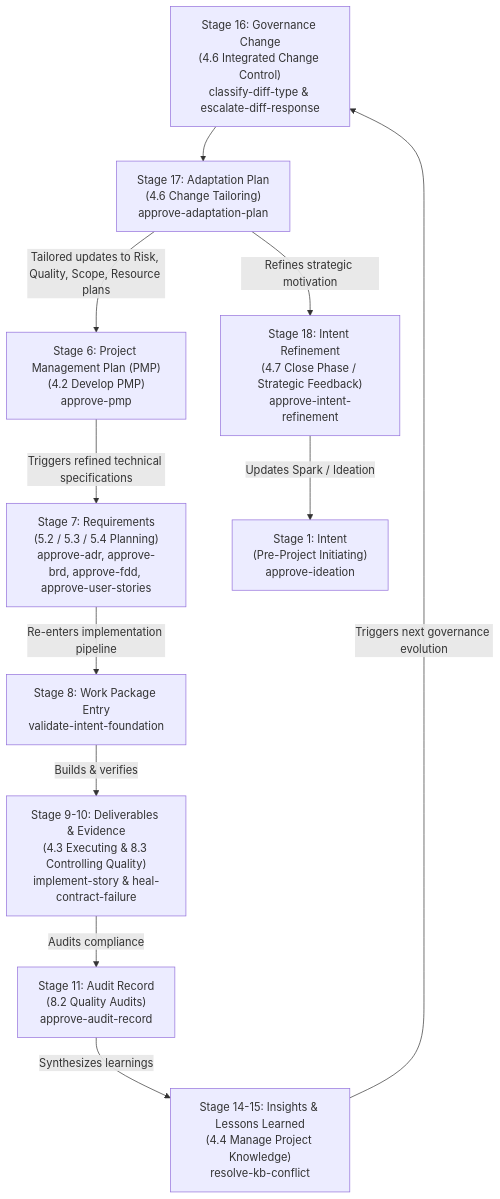
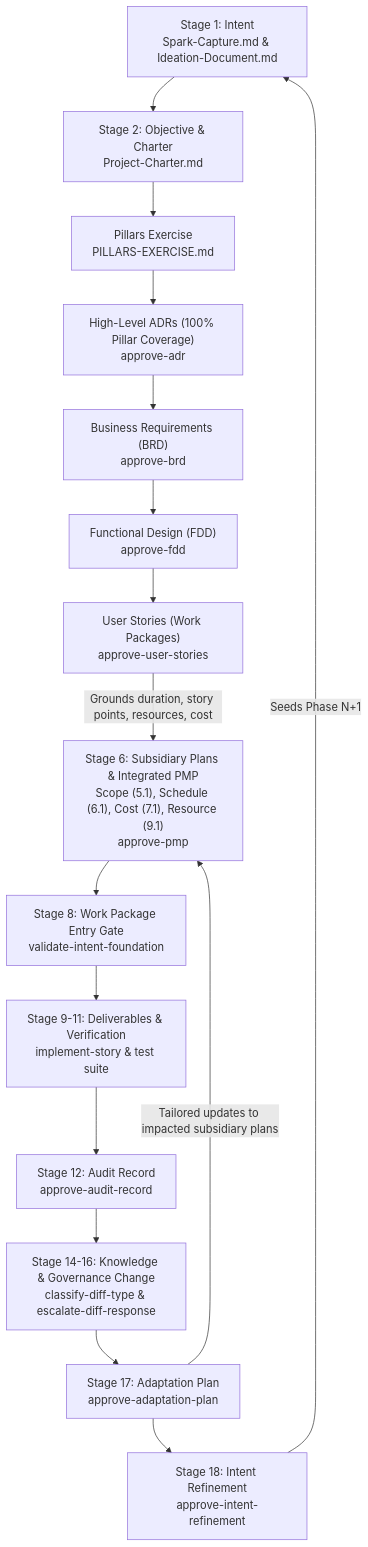
The diagram in docs/chain-coverage.md (mdresch/sidpa-template), drawn with Mermaid before and after one commit. The commit also changed other lines of this file and 8 other files, not shown here.

First line of the commit message:
feat(governance): codify agent QA directives, pillars exercise, and work package derivation

````diff
--- a/docs/chain-coverage.md
+++ b/docs/chain-coverage.md
@@ -75,13 +82,18 @@
 ```mermaid
 flowchart TD
-    G["Stage 16: Governance Change<br/>(4.6 Integrated Change Control)<br/>classify-diff-type & escalate-diff-response"] --> A["Stage 17: Adaptation Plan<br/>(4.6 Change Tailoring)<br/>approve-adaptation-plan"]
-    A -->|"Tailored updates to Risk, Quality, Scope, Resource plans"| PMP["Stage 6: Project Management Plan (PMP)<br/>(4.2 Develop PMP)<br/>approve-pmp"]
-    PMP -->|"Triggers refined technical specifications"| REQ["Stage 7: Requirements<br/>(5.2 / 5.3 / 5.4 Planning)<br/>approve-adr, approve-brd, approve-fdd, approve-user-stories"]
-    REQ -->|"Re-enters implementation pipeline"| WP["Stage 8: Work Package Entry<br/>validate-intent-foundation"]
-    WP -->|"Builds & verifies"| DEL["Stage 9-10: Deliverables & Evidence<br/>(4.3 Executing & 8.3 Controlling Quality)<br/>implement-story & heal-contract-failure"]
-    DEL -->|"Audits compliance"| AUD["Stage 11: Audit Record<br/>(8.2 Quality Audits)<br/>approve-audit-record"]
-    AUD -->|"Synthesizes learnings"| KB["Stage 14-15: Insights & Lessons Learned<br/>(4.4 Manage Project Knowledge)<br/>resolve-kb-conflict"]
-    KB -->|"Triggers next governance evolution"| G
-    A -->|"Refines strategic motivation"| IR["Stage 18: Intent Refinement<br/>(4.7 Close Phase / Strategic Feedback)<br/>approve-intent-refinement"]
-    IR -->|"Updates Spark / Ideation"| SPARK["Stage 1: Intent<br/>(Pre-Project Initiating)<br/>approve-ideation"]
+    SPARK["Stage 1: Intent<br/>Spark-Capture.md & Ideation-Document.md"] --> CHARTER["Stage 2: Objective & Charter<br/>Project-Charter.md"]
+    CHARTER --> PIL["Pillars Exercise<br/>PILLARS-EXERCISE.md"]
+    PIL --> ADR["High-Level ADRs (100% Pillar Coverage)<br/>approve-adr"]
+    ADR --> BRD["Business Requirements (BRD)<br/>approve-brd"]
+    BRD --> FDD["Functional Design (FDD)<br/>approve-fdd"]
+    FDD --> US["User Stories (Work Packages)<br/>approve-user-stories"]
+    US -->|"Grounds duration, story points, resources, cost"| PMP["Stage 6: Subsidiary Plans & Integrated PMP<br/>Scope (5.1), Schedule (6.1), Cost (7.1), Resource (9.1)<br/>approve-pmp"]
+    PMP --> WP["Stage 8: Work Package Entry Gate<br/>validate-intent-foundation"]
+    WP --> DEL["Stage 9-11: Deliverables & Verification<br/>implement-story & test suite"]
+    DEL --> AUD["Stage 12: Audit Record<br/>approve-audit-record"]
+    AUD --> KB["Stage 14-16: Knowledge & Governance Change<br/>classify-diff-type & escalate-diff-response"]
+    KB --> ADAPT["Stage 17: Adaptation Plan<br/>approve-adaptation-plan"]
+    ADAPT -->|"Tailored updates to impacted subsidiary plans"| PMP
+    ADAPT --> REFINE["Stage 18: Intent Refinement<br/>approve-intent-refinement"]
+    REFINE -->|"Seeds Phase N+1"| SPARK
 ```
````
